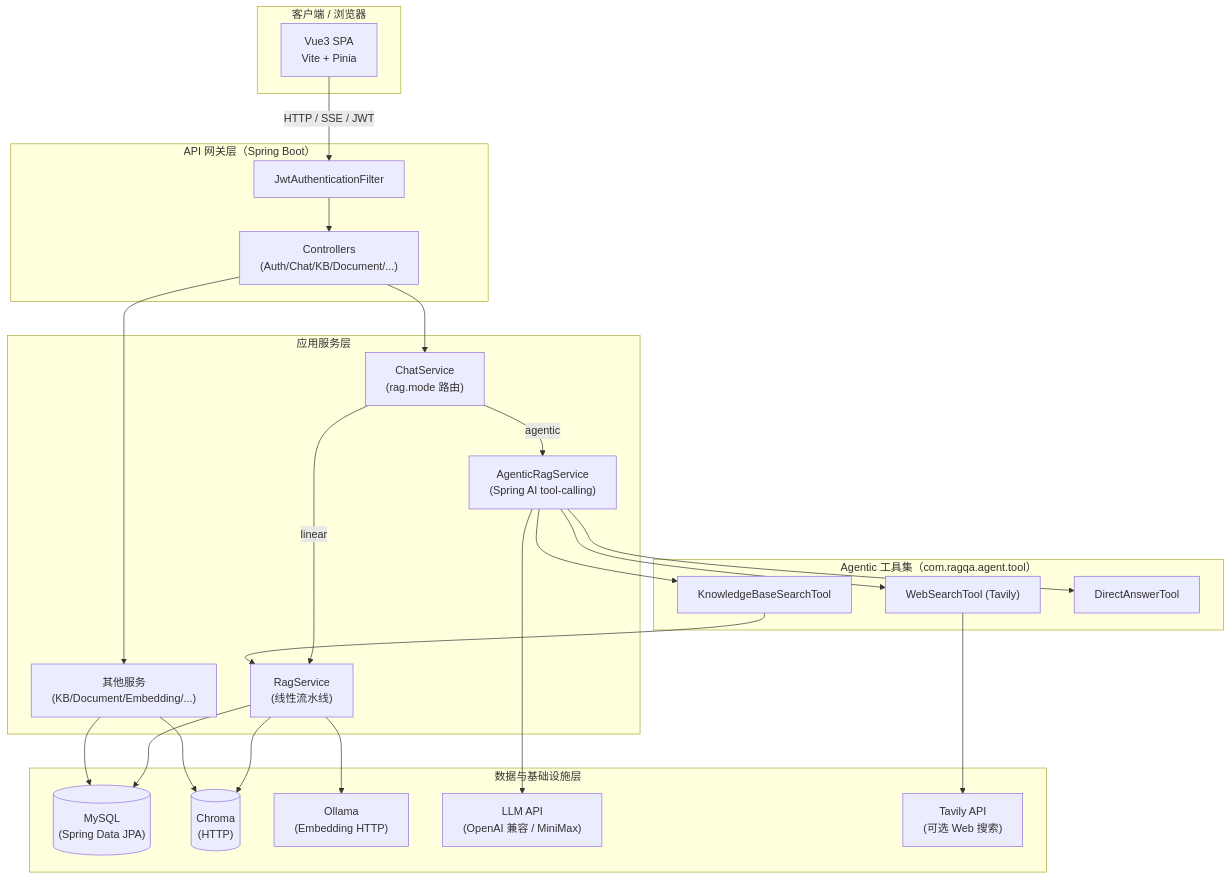
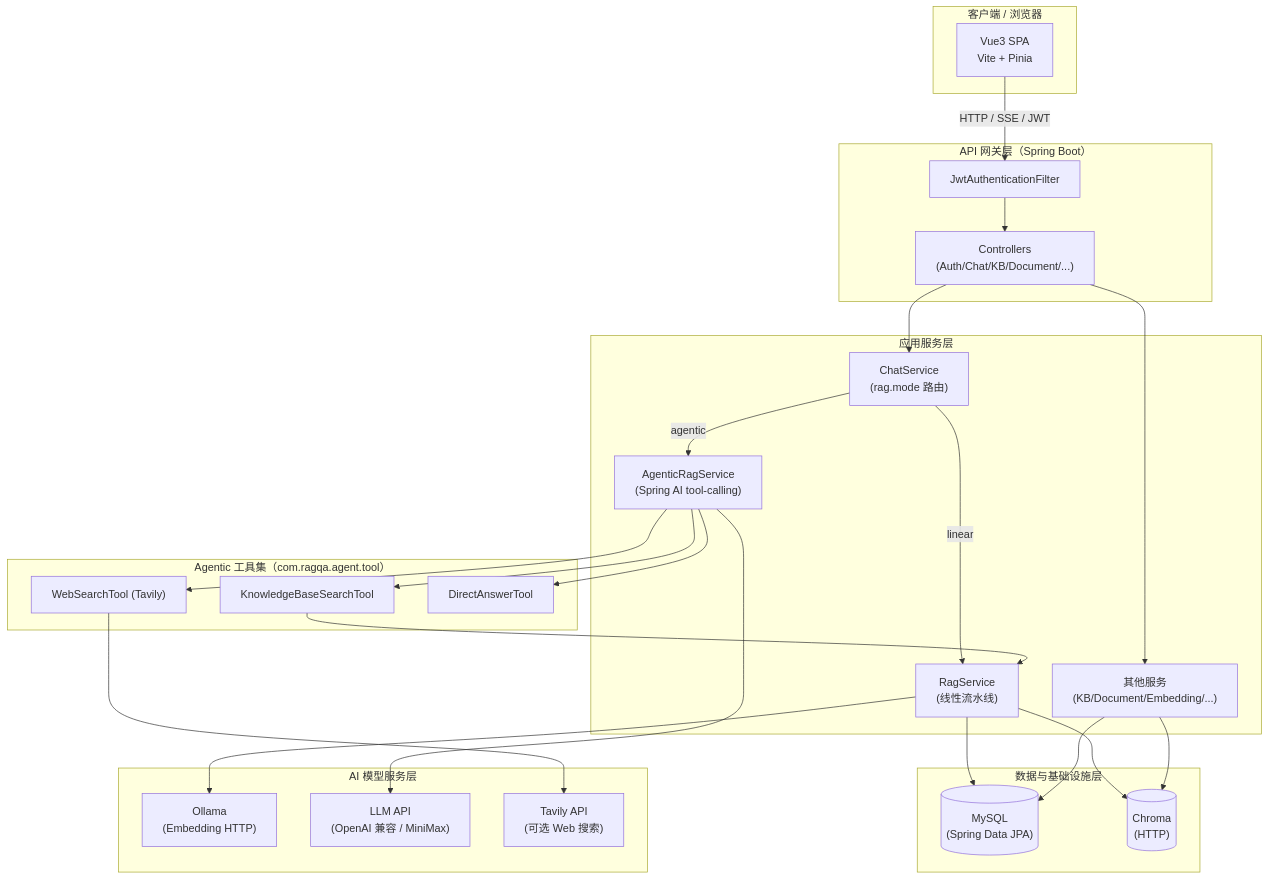
One commit to Ruadgedy/RAG-demo changed the first of 7 diagrams in docs/summary/application-architecture.md. Above: the diagram before and after it, drawn with Mermaid. The commit also changed other lines of this file and 4 other files, not shown here.

Commit message:
docs(summary): 按代码事实修正 4+1 视图（10 项 F-001~F-010）

````diff
--- a/docs/summary/application-architecture.md
+++ b/docs/summary/application-architecture.md
@@ -8,47 +8,50 @@
 ```mermaid
 flowchart TB
   subgraph Client["客户端 / 浏览器"]
     SPA["Vue3 SPA<br/>Vite + Pinia"]
   end
 
   subgraph Edge["API 网关层（Spring Boot）"]
     Filter["JwtAuthenticationFilter"]
     Controllers["Controllers<br/>(Auth/Chat/KB/Document/...)"]
   end
 
   subgraph App["应用服务层"]
     ChatService["ChatService<br/>(rag.mode 路由)"]
     AgenticRagService["AgenticRagService<br/>(Spring AI tool-calling)"]
     RagService["RagService<br/>(线性流水线)"]
     OtherSvc["其他服务<br/>(KB/Document/Embedding/...)"]
   end
 
   subgraph AgentTool["Agentic 工具集（com.ragqa.agent.tool）"]
     KBSTool["KnowledgeBaseSearchTool"]
     WebTool["WebSearchTool (Tavily)"]
     DirectTool["DirectAnswerTool"]
   end
 
   subgraph Data["数据与基础设施层"]
     MySQL[("MySQL<br/>(Spring Data JPA)")]
     Chroma[("Chroma<br/>(HTTP)")]
+  end
+
+  subgraph AI["AI 模型服务层"]
     Ollama["Ollama<br/>(Embedding HTTP)"]
     LLM["LLM API<br/>(OpenAI 兼容 / MiniMax)"]
     Tavily["Tavily API<br/>(可选 Web 搜索)"]
   end
 
   SPA -- "HTTP / SSE / JWT" --> Filter --> Controllers
   Controllers --> ChatService
   Controllers --> OtherSvc
   ChatService -- "linear" --> RagService
   ChatService -- "agentic" --> AgenticRagService
   AgenticRagService --> KBSTool --> RagService
   AgenticRagService --> WebTool --> Tavily
   AgenticRagService --> DirectTool
   RagService --> MySQL
   RagService --> Chroma
   RagService --> Ollama
   AgenticRagService --> LLM
   OtherSvc --> MySQL
   OtherSvc --> Chroma
 ```
````
